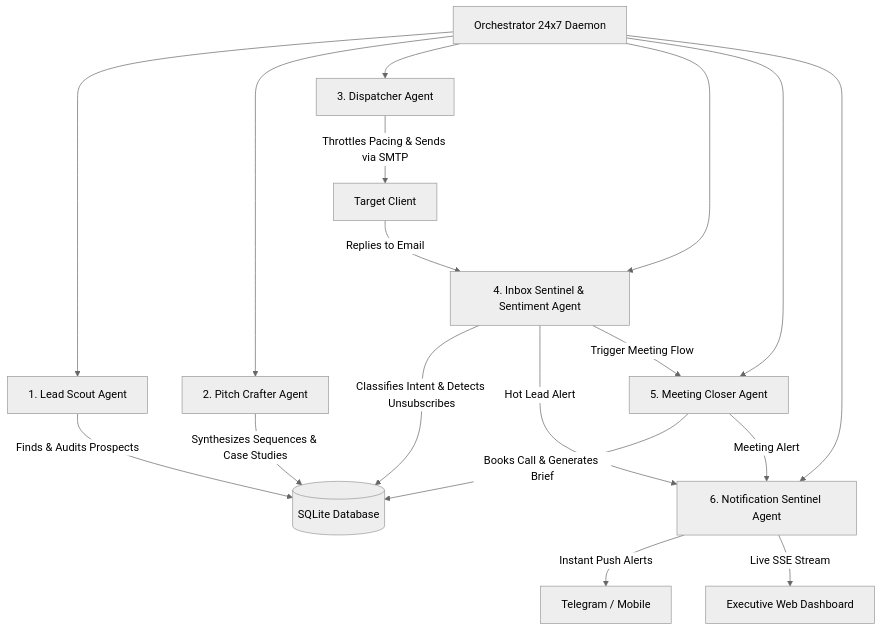
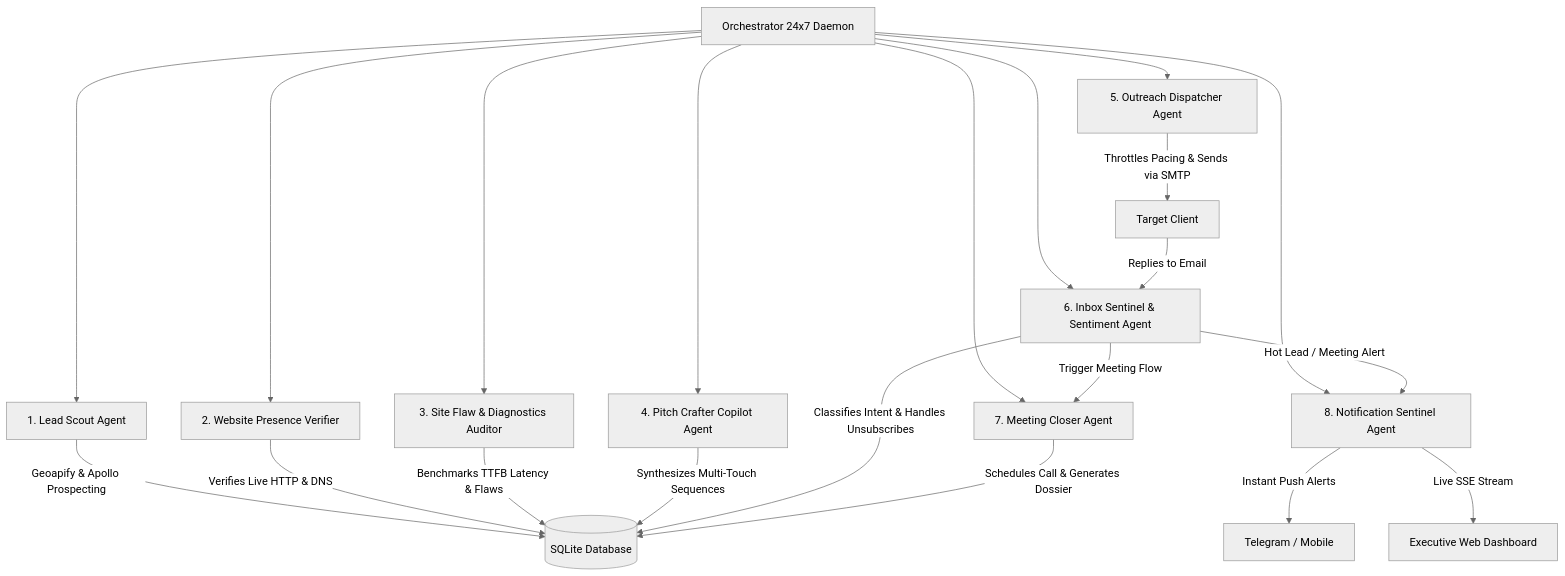
Before and after one commit to rajanthakulla/jesora-tech-outreach-automation: the diagram in README.md, drawn with Mermaid (neutral theme). The commit also changed other lines of this file and 13 other files, not shown here.

Commit message:
feat: complete 8-agent autonomous fleet with website verifier, site flaw auditor, geoapify/apollo prospecting, csv importer, and multi-touch sequence architecture

````diff
--- a/README.md
+++ b/README.md
@@ -11,21 +11,24 @@
 ```mermaid
 graph TD
     A[Orchestrator 24x7 Daemon] --> B[1. Lead Scout Agent]
-    A --> C[2. Pitch Crafter Agent]
-    A --> D[3. Dispatcher Agent]
-    A --> E[4. Inbox Sentinel & Sentiment Agent]
-    A --> F[5. Meeting Closer Agent]
-    A --> G[6. Notification Sentinel Agent]
+    A --> C[2. Website Presence Verifier]
+    A --> D[3. Site Flaw & Diagnostics Auditor]
+    A --> E[4. Pitch Crafter Copilot Agent]
+    A --> F[5. Outreach Dispatcher Agent]
+    A --> G[6. Inbox Sentinel & Sentiment Agent]
+    A --> H[7. Meeting Closer Agent]
+    A --> I[8. Notification Sentinel Agent]
 
-    B -->|Finds & Audits Prospects| DB[(SQLite Database)]
-    C -->|Synthesizes Sequences & Case Studies| DB
-    D -->|Throttles Pacing & Sends via SMTP| Prospect[Target Client]
-    Prospect -->|Replies to Email| E
-    E -->|Classifies Intent & Detects Unsubscribes| DB
-    E -->|Hot Lead Alert| G
-    E -->|Trigger Meeting Flow| F
-    F -->|Books Call & Generates Brief| DB
-    F -->|Meeting Alert| G
-    G -->|Instant Push Alerts| TG[Telegram / Mobile]
-    G -->|Live SSE Stream| UI[Executive Web Dashboard]
+    B -->|Geoapify & Apollo Prospecting| DB[(SQLite Database)]
+    C -->|Verifies Live HTTP & DNS| DB
+    D -->|Benchmarks TTFB Latency & Flaws| DB
+    E -->|Synthesizes Multi-Touch Sequences| DB
+    F -->|Throttles Pacing & Sends via SMTP| Prospect[Target Client]
+    Prospect -->|Replies to Email| G
+    G -->|Classifies Intent & Handles Unsubscribes| DB
+    G -->|Hot Lead / Meeting Alert| I
+    G -->|Trigger Meeting Flow| H
+    H -->|Schedules Call & Generates Dossier| DB
+    I -->|Instant Push Alerts| TG[Telegram / Mobile]
+    I -->|Live SSE Stream| UI[Executive Web Dashboard]
 ```
````
